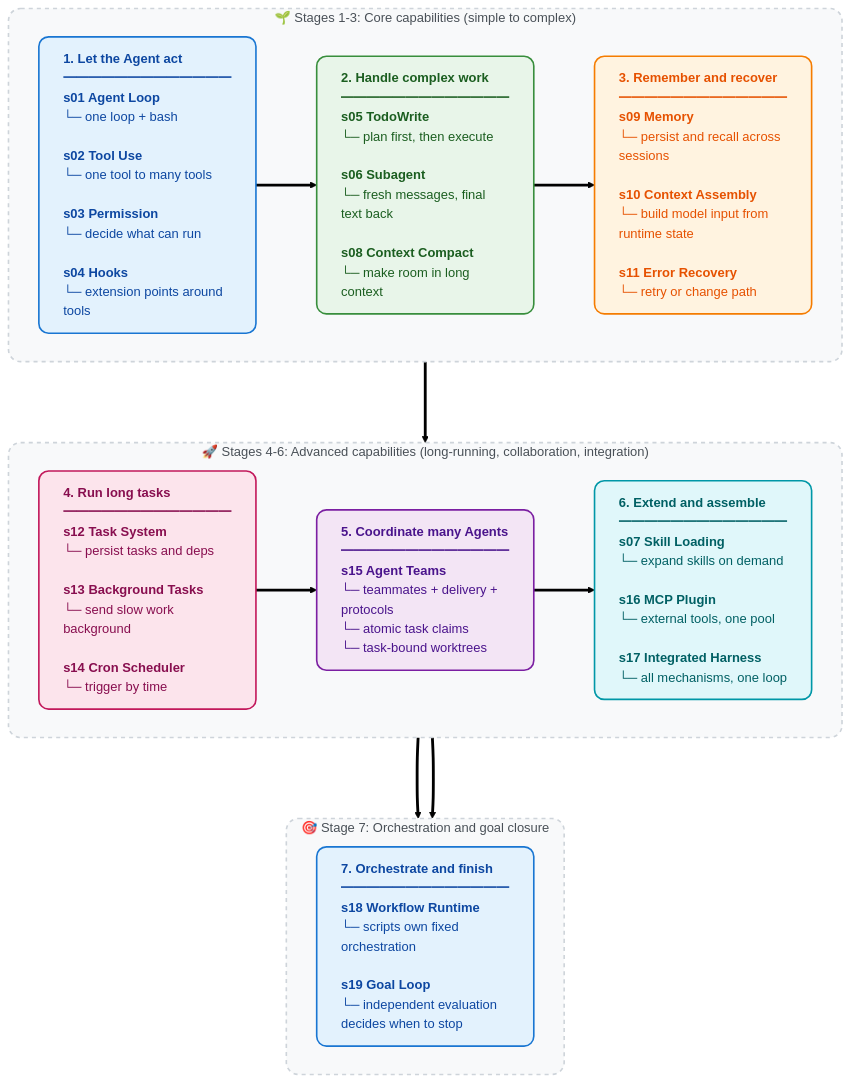
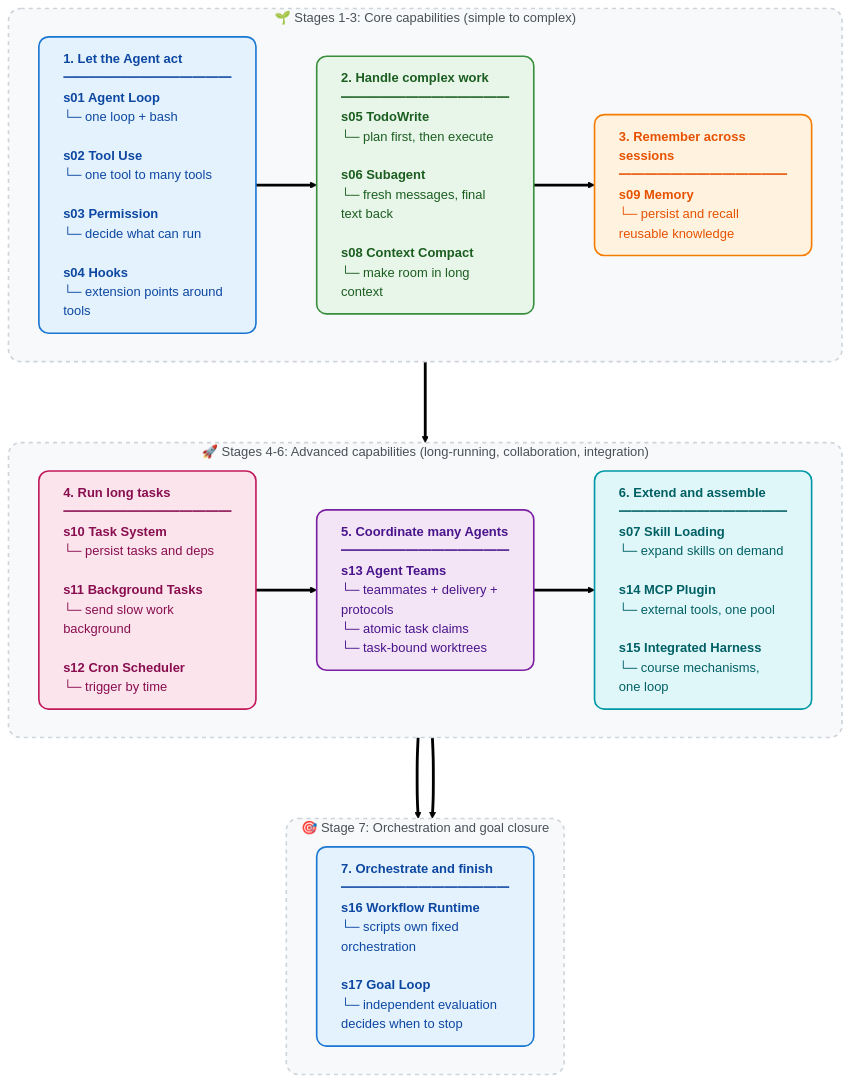
The diagram in README.md (snake-fan/learn-claude-code), drawn with Mermaid (forest theme) before and after one commit. The commit also changed other lines of this file and 312 other files, not shown here.

````diff
--- a/README.md
+++ b/README.md
@@ -251,49 +247,49 @@
 ```mermaid
 flowchart TD
     %% Card styles
     classDef stage1 fill:#E3F2FD,stroke:#1976D2,stroke-width:2px,color:#0D47A1,rx:12,ry:12,text-align:left
     classDef stage2 fill:#E8F5E9,stroke:#388E3C,stroke-width:2px,color:#1B5E20,rx:12,ry:12,text-align:left
     classDef stage3 fill:#FFF3E0,stroke:#F57C00,stroke-width:2px,color:#E65100,rx:12,ry:12,text-align:left
     classDef stage4 fill:#FCE4EC,stroke:#C2185b,stroke-width:2px,color:#880E4F,rx:12,ry:12,text-align:left
     classDef stage5 fill:#F3E5F5,stroke:#7B1FA2,stroke-width:2px,color:#4A148C,rx:12,ry:12,text-align:left
     classDef stage6 fill:#E0F7FA,stroke:#0097A7,stroke-width:2px,color:#006064,rx:12,ry:12,text-align:left
 
     %% Group style
     classDef groupBox fill:#F8F9FA,stroke:#CED4DA,stroke-width:2px,stroke-dasharray: 5 5,rx:15,ry:15,color:#495057
 
     %% Layer 1: stages 1-3
     subgraph Phase1 ["🌱 Stages 1-3: Core capabilities (simple to complex)"]
         direction LR
         S1["<b>1. Let the Agent act</b><br/>━━━━━━━━━━━━━<br/><b>s01 Agent Loop</b><br/>└─ one loop + bash<br/><br/><b>s02 Tool Use</b><br/>└─ one tool to many tools<br/><br/><b>s03 Permission</b><br/>└─ decide what can run<br/><br/><b>s04 Hooks</b><br/>└─ extension points around tools"]:::stage1
 
         S2["<b>2. Handle complex work</b><br/>━━━━━━━━━━━━━<br/><b>s05 TodoWrite</b><br/>└─ plan first, then execute<br/><br/><b>s06 Subagent</b><br/>└─ fresh messages, final text back<br/><br/><b>s08 Context Compact</b><br/>└─ make room in long context"]:::stage2
 
-        S3["<b>3. Remember and recover</b><br/>━━━━━━━━━━━━━<br/><b>s09 Memory</b><br/>└─ persist and recall across sessions<br/><br/><b>s10 Context Assembly</b><br/>└─ build model input from runtime state<br/><br/><b>s11 Error Recovery</b><br/>└─ retry or change path"]:::stage3
+        S3["<b>3. Remember across sessions</b><br/>━━━━━━━━━━━━━<br/><b>s09 Memory</b><br/>└─ persist and recall reusable knowledge"]:::stage3
 
         S1 ==> S2 ==> S3
     end
 
     %% Layer 2: stages 4-6
     subgraph Phase2 ["🚀 Stages 4-6: Advanced capabilities (long-running, collaboration, integration)"]
         direction LR
-        S4["<b>4. Run long tasks</b><br/>━━━━━━━━━━━━━<br/><b>s12 Task System</b><br/>└─ persist tasks and deps<br/><br/><b>s13 Background Tasks</b><br/>└─ send slow work background<br/><br/><b>s14 Cron Scheduler</b><br/>└─ trigger by time"]:::stage4
+        S4["<b>4. Run long tasks</b><br/>━━━━━━━━━━━━━<br/><b>s10 Task System</b><br/>└─ persist tasks and deps<br/><br/><b>s11 Background Tasks</b><br/>└─ send slow work background<br/><br/><b>s12 Cron Scheduler</b><br/>└─ trigger by time"]:::stage4
 
-        S5["<b>5. Coordinate many Agents</b><br/>━━━━━━━━━━━━━<br/><b>s15 Agent Teams</b><br/>└─ teammates + delivery + protocols<br/>└─ atomic task claims<br/>└─ task-bound worktrees"]:::stage5
+        S5["<b>5. Coordinate many Agents</b><br/>━━━━━━━━━━━━━<br/><b>s13 Agent Teams</b><br/>└─ teammates + delivery + protocols<br/>└─ atomic task claims<br/>└─ task-bound worktrees"]:::stage5
 
-        S6["<b>6. Extend and assemble</b><br/>━━━━━━━━━━━━━<br/><b>s07 Skill Loading</b><br/>└─ expand skills on demand<br/><br/><b>s16 MCP Plugin</b><br/>└─ external tools, one pool<br/><br/><b>s17 Integrated Harness</b><br/>└─ all mechanisms, one loop"]:::stage6
+        S6["<b>6. Extend and assemble</b><br/>━━━━━━━━━━━━━<br/><b>s07 Skill Loading</b><br/>└─ expand skills on demand<br/><br/><b>s14 MCP Plugin</b><br/>└─ external tools, one pool<br/><br/><b>s15 Integrated Harness</b><br/>└─ course mechanisms, one loop"]:::stage6
 
         S4 ==> S5 ==> S6
     end
 
     %% Layer 3: orchestration and goal closure
     subgraph Phase3 ["🎯 Stage 7: Orchestration and goal closure"]
         direction LR
-        S7["<b>7. Orchestrate and finish</b><br/>━━━━━━━━━━━━━<br/><b>s18 Workflow Runtime</b><br/>└─ scripts own fixed orchestration<br/><br/><b>s19 Goal Loop</b><br/>└─ independent evaluation decides when to stop"]:::stage1
+        S7["<b>7. Orchestrate and finish</b><br/>━━━━━━━━━━━━━<br/><b>s16 Workflow Runtime</b><br/>└─ scripts own fixed orchestration<br/><br/><b>s17 Goal Loop</b><br/>└─ independent evaluation decides when to stop"]:::stage1
         S6 ==> S7
     end
 
     %% Connect the three layers
     Phase1 ===> Phase2 ===> Phase3
 
     class Phase1,Phase2,Phase3 groupBox
 ```
````
